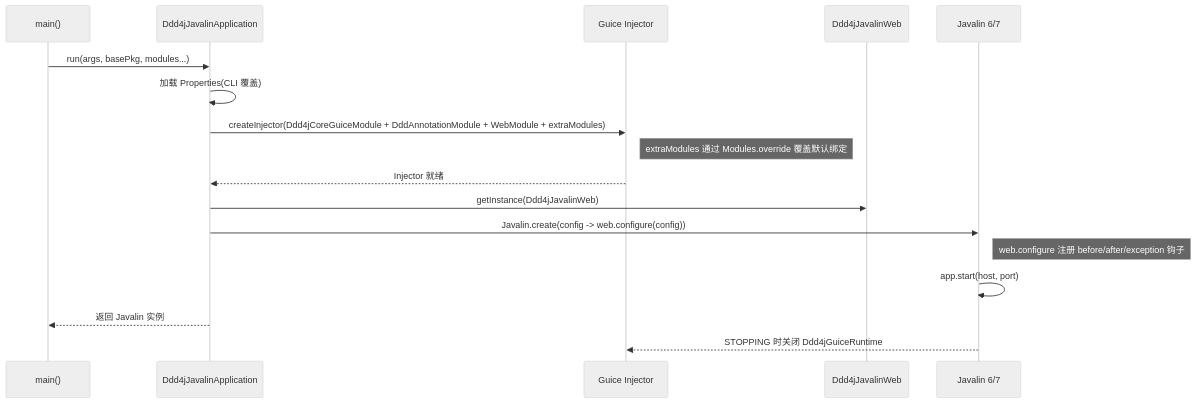
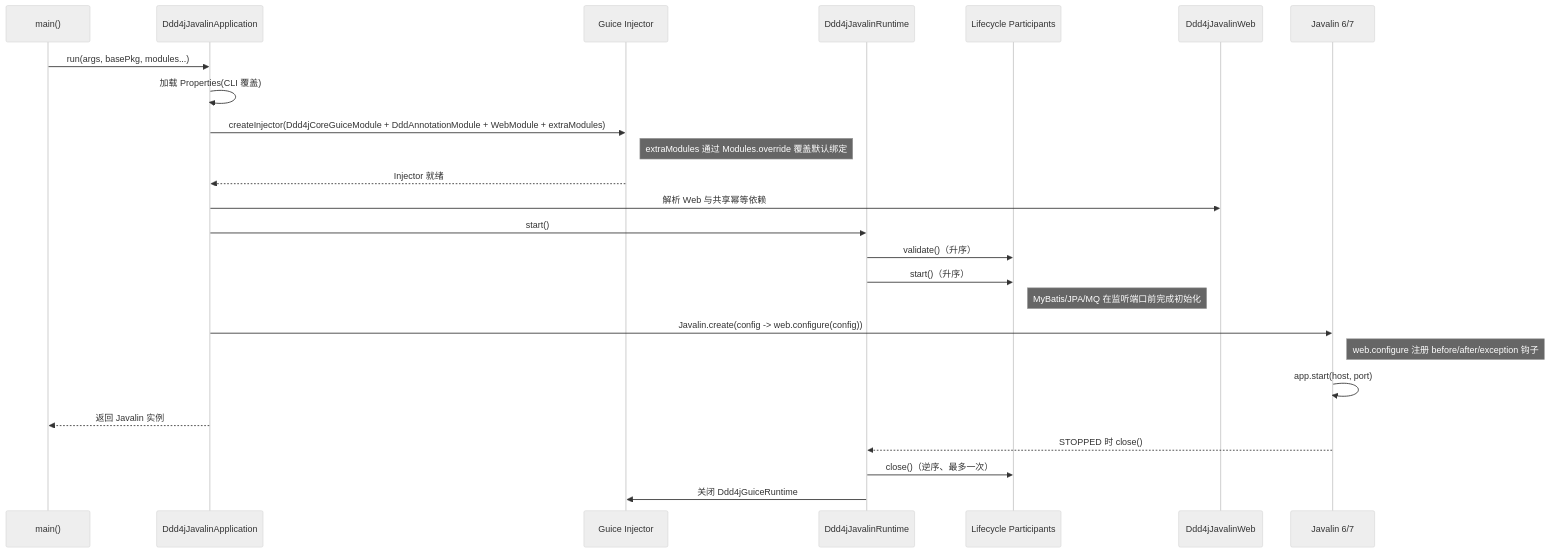
The third of 3 diagrams in docs/architecture.md (ddd-4-java/ddd4j-javalin), drawn with Mermaid (neutral theme) before and after one commit. The commit also changed other lines of this file and 47 other files, not shown here.

````diff
--- a/docs/architecture.md
+++ b/docs/architecture.md
@@ -102,20 +102,28 @@
 ```mermaid
 sequenceDiagram
     participant Main as main()
     participant App as Ddd4jJavalinApplication
     participant Guice as Guice Injector
+    participant Runtime as Ddd4jJavalinRuntime
+    participant Parts as Lifecycle Participants
     participant Web as Ddd4jJavalinWeb
     participant Javalin as Javalin 6/7
 
     Main->>App: run(args, basePkg, modules...)
     App->>App: 加载 Properties(CLI 覆盖)
     App->>Guice: createInjector(Ddd4jCoreGuiceModule + DddAnnotationModule + WebModule + extraModules)
     Note right of Guice: extraModules 通过 Modules.override 覆盖默认绑定
     Guice-->>App: Injector 就绪
-    App->>Web: getInstance(Ddd4jJavalinWeb)
+    App->>Web: 解析 Web 与共享幂等依赖
+    App->>Runtime: start()
+    Runtime->>Parts: validate()（升序）
+    Runtime->>Parts: start()（升序）
+    Note right of Parts: MyBatis/JPA/MQ 在监听端口前完成初始化
     App->>Javalin: Javalin.create(config -> web.configure(config))
     Note right of Javalin: web.configure 注册 before/after/exception 钩子
     Javalin->>Javalin: app.start(host, port)
     App-->>Main: 返回 Javalin 实例
-    Javalin-->>Guice: STOPPING 时关闭 Ddd4jGuiceRuntime
+    Javalin-->>Runtime: STOPPED 时 close()
+    Runtime->>Parts: close()（逆序、最多一次）
+    Runtime->>Guice: 关闭 Ddd4jGuiceRuntime
 ```
````
